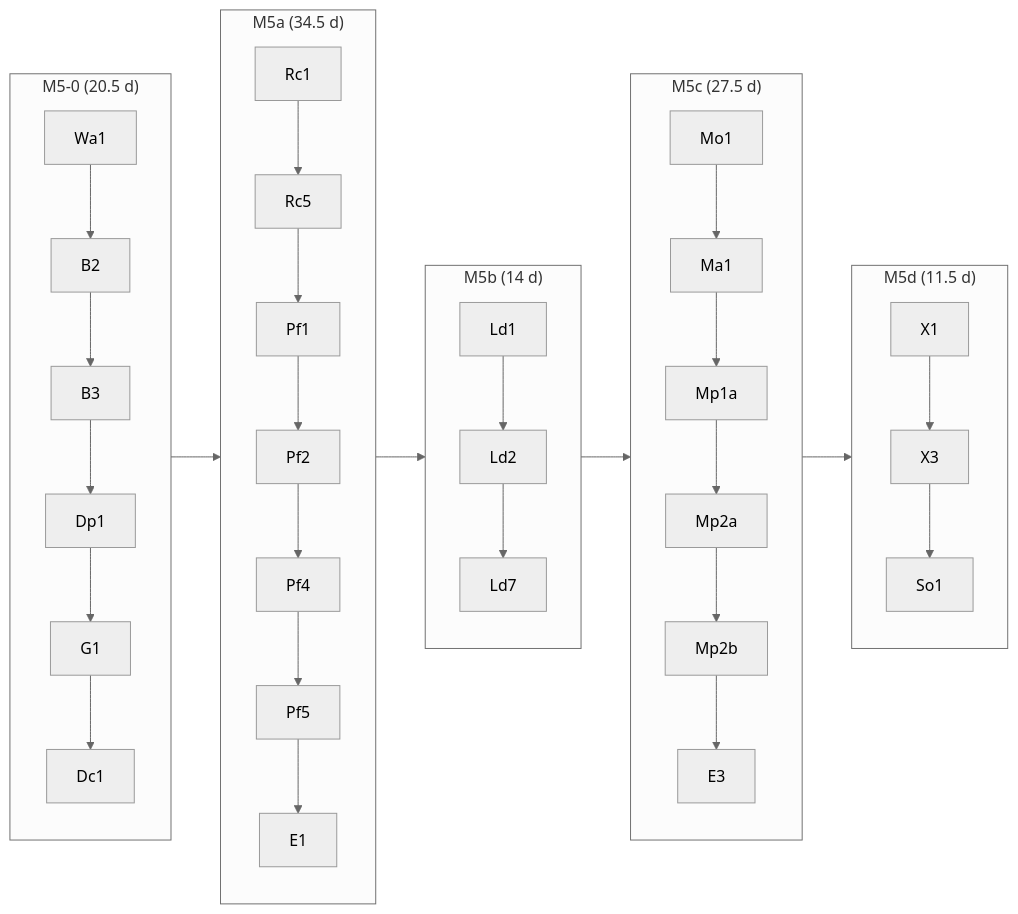
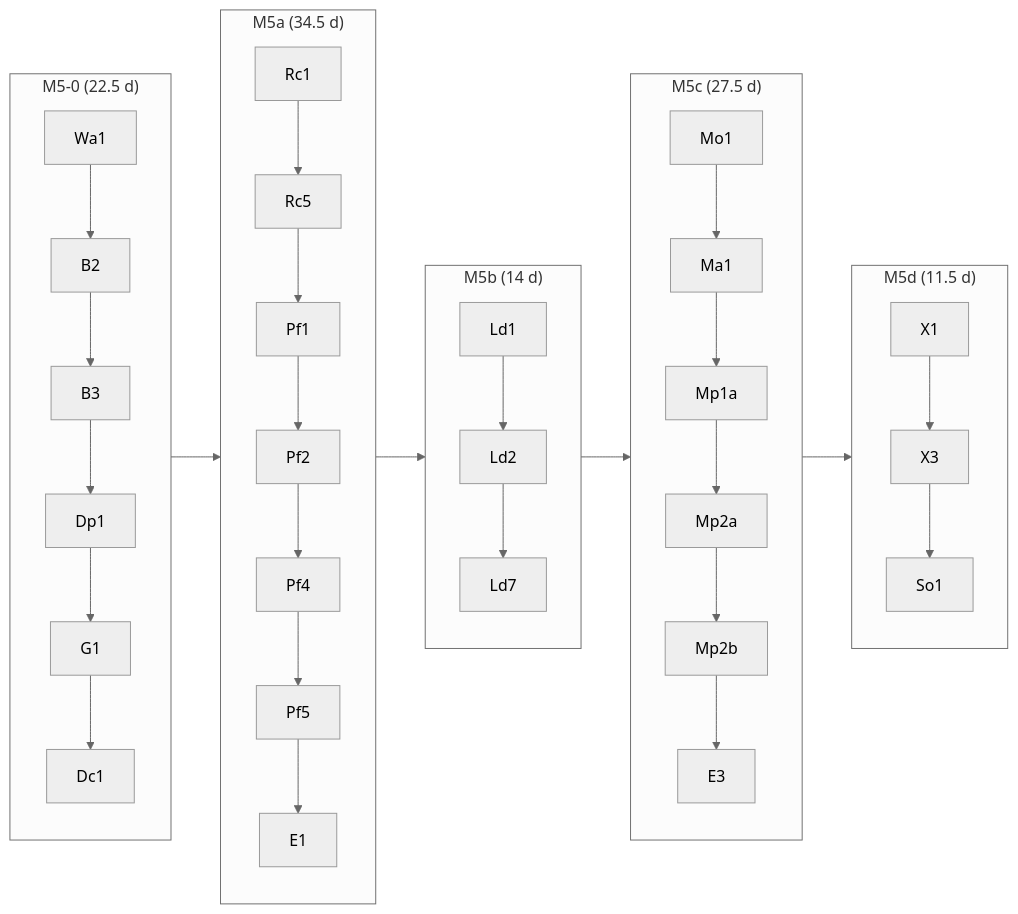
The third of 3 diagrams in docs/design/0171-audio-mix/api-and-models.md (doughtnerd/TranquilityEngine), drawn with Mermaid (neutral theme) before and after one commit. The commit also changed other lines of this file and 1 other file, not shown here.

````diff
--- a/docs/design/0171-audio-mix/api-and-models.md
+++ b/docs/design/0171-audio-mix/api-and-models.md
@@ -743,19 +729,19 @@
 ```mermaid
 flowchart LR
-  subgraph M0["M5-0 (20.5 d)"]
+  subgraph M0["M5-0 (22.5 d)"]
     Wa1 --> B2 --> B3 --> Dp1 --> G1 --> Dc1
   end
   subgraph Ma["M5a (34.5 d)"]
     Rc1 --> Rc5 --> Pf1 --> Pf2 --> Pf4 --> Pf5 --> E1
   end
   subgraph Mb["M5b (14 d)"]
     Ld1 --> Ld2 --> Ld7
   end
   subgraph Mc["M5c (27.5 d)"]
     Mo1 --> Ma1 --> Mp1a --> Mp2a --> Mp2b --> E3
   end
   subgraph Md["M5d (11.5 d)"]
     X1 --> X3 --> So1
   end
   M0 --> Ma --> Mb --> Mc --> Md
 ```
````
